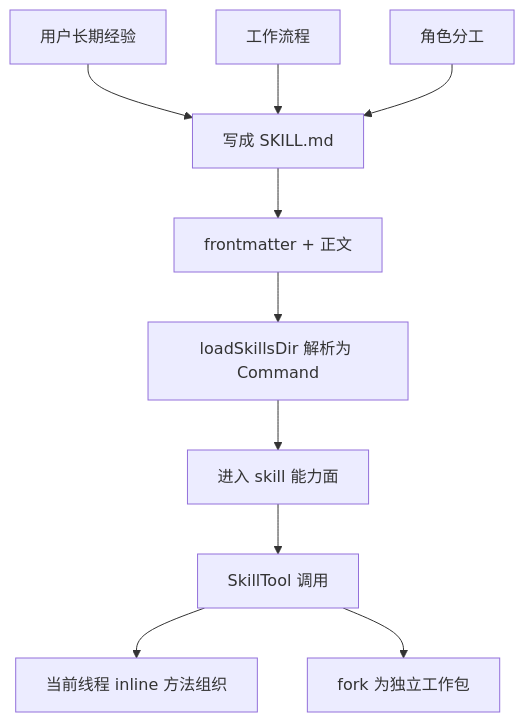
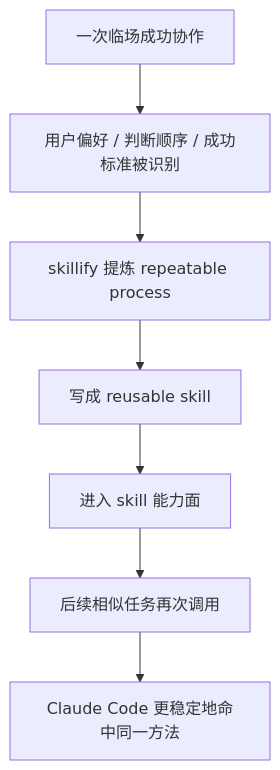
One commit to T0UGH/claude-code-source-guide changed the diagram in docs/guidebookv2/volume-5/05-how-skills-bring-user-experience-workflows-and-roles-into-claude-code.md. Above: the diagram before and after it, drawn with Mermaid. The commit also changed other lines of this file and 5 other files, not shown here.

````diff
--- a/docs/guidebookv2/volume-5/05-how-skills-bring-user-experience-workflows-and-roles-into-claude-code.md
+++ b/docs/guidebookv2/volume-5/05-how-skills-bring-user-experience-workflows-and-roles-into-claude-code.md
@@ -213,12 +299,9 @@
 ```mermaid
 flowchart TD
-    A[用户长期经验] --> B[写成 SKILL.md]
-    A2[工作流程] --> B
-    A3[角色分工] --> B
-    B --> C[frontmatter + 正文]
-    C --> D[loadSkillsDir 解析为 Command]
+    A[一次临场成功协作] --> B[用户偏好 / 判断顺序 / 成功标准被识别]
+    B --> C[skillify 提炼 repeatable process]
+    C --> D[写成 reusable skill]
     D --> E[进入 skill 能力面]
-    E --> F[SkillTool 调用]
-    F --> G[当前线程 inline 方法组织]
-    F --> H[fork 为独立工作包]
+    E --> F[后续相似任务再次调用]
+    F --> G[Claude Code 更稳定地命中同一方法]
 ```
````
